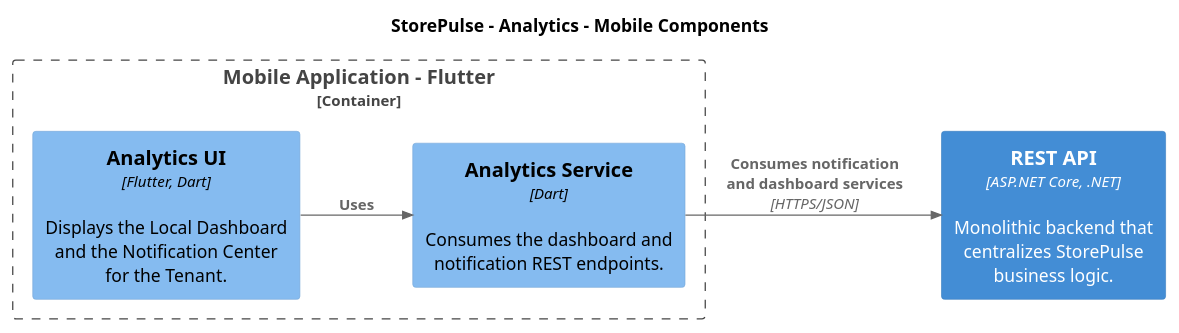
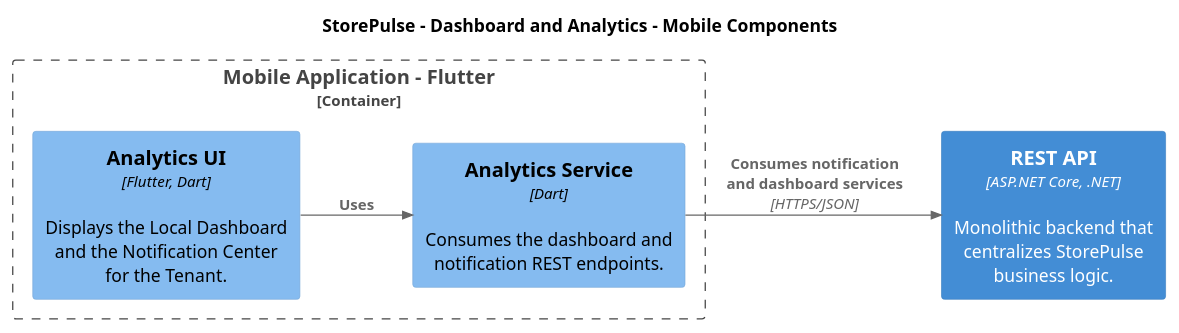
The diagram in assets/architecture/analytics/02-analytics-mobile-component.puml (VanguardTechIot/storepulse-report), drawn with PlantUML before and after one commit. The commit also changed 4 other files, not shown here.

Commit message:
refactor(assets): update dashboards and analytics diagrams.

```diff
--- a/assets/architecture/analytics/02-analytics-mobile-component.puml
+++ b/assets/architecture/analytics/02-analytics-mobile-component.puml
@@ -1,25 +1,25 @@
 @startuml storepulse-analytics-mobile-component
 
 !include https://raw.githubusercontent.com/plantuml-stdlib/C4-PlantUML/master/C4_Component.puml
 
 LAYOUT_LEFT_RIGHT()
 HIDE_STEREOTYPE()
 skinparam shadowing false
 skinparam defaultFontName Arial
 
-title StorePulse - Analytics - Mobile Components
+title StorePulse - Dashboard and Analytics - Mobile Components
 
 Container_Boundary(mobileApp, "Mobile Application - Flutter") {
 
     Component(analyticsMobileUI, "Analytics UI", "Flutter, Dart", "Displays the Local Dashboard and the Notification Center for the Tenant.")
 
     Component(analyticsMobileService, "Analytics Service", "Dart", "Consumes the dashboard and notification REST endpoints.")
 }
 
 Container(restApi, "REST API", "ASP.NET Core, .NET", "Monolithic backend that centralizes StorePulse business logic.")
 
 Rel(analyticsMobileUI, analyticsMobileService, "Uses")
 
 Rel(analyticsMobileService, restApi, "Consumes notification and dashboard services", "HTTPS/JSON")
 
 @enduml
```
